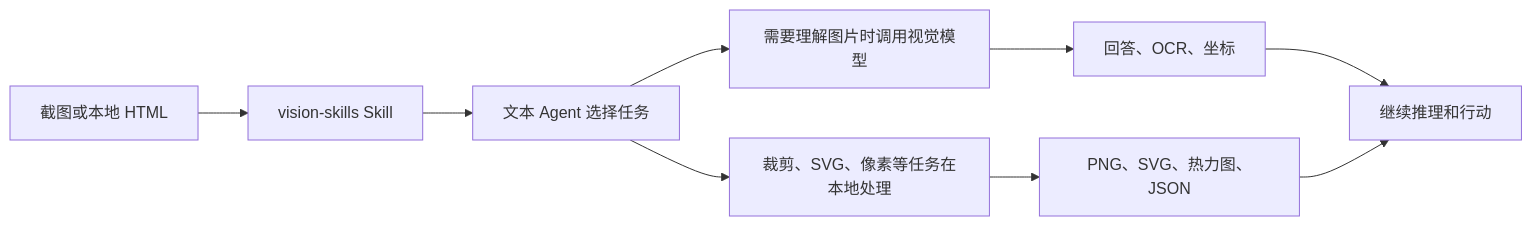
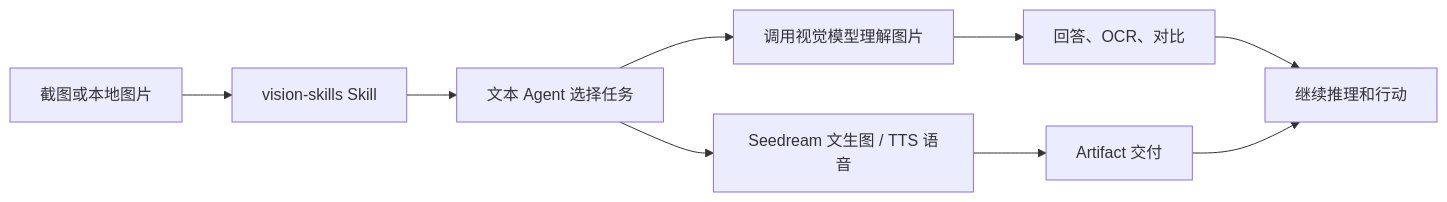
Before and after one commit to nextnowlabs/dsh-ark-toolkit: the diagram in README.md, drawn with Mermaid. The commit also changed other lines of this file and 32 other files, not shown here.

````diff
--- a/README.md
+++ b/README.md
@@ -208,11 +122,11 @@
 ```mermaid
 flowchart LR
-    Image["截图或本地 HTML"] --> Skill["vision-skills Skill"]
+    Image["截图或本地图片"] --> Skill["vision-skills Skill"]
     Skill --> Agent["文本 Agent 选择任务"]
-    Agent --> Vision["需要理解图片时调用视觉模型"]
-    Agent --> Local["裁剪、SVG、像素等任务在本地处理"]
-    Vision --> Result["回答、OCR、坐标"]
-    Local --> Artifact["PNG、SVG、热力图、JSON"]
+    Agent --> Vision["调用视觉模型理解图片"]
+    Vision --> Result["回答、OCR、对比"]
+    Agent --> Generate["Seedream 文生图 / TTS 语音"]
+    Generate --> Artifact["Artifact 交付"]
     Result --> Session["继续推理和行动"]
     Artifact --> Session
 ```
````
